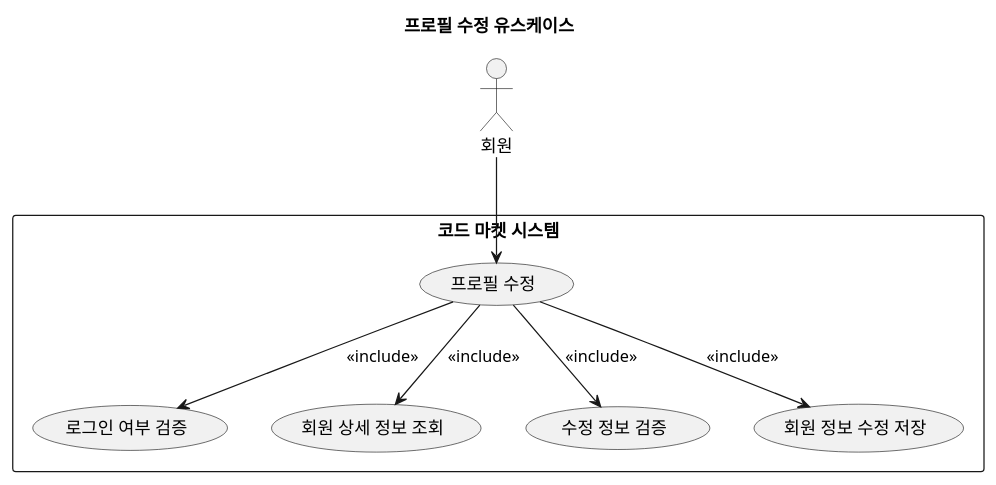
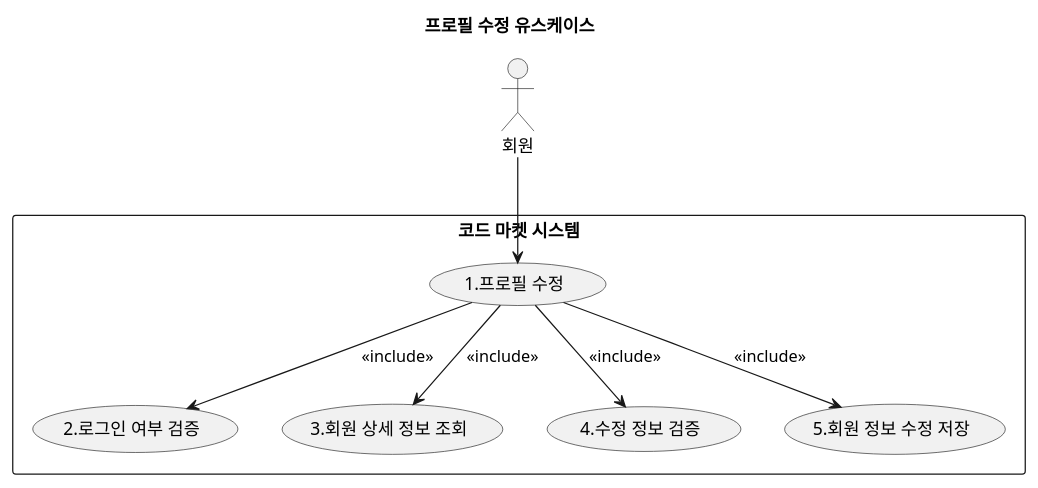
The diagram in docs/usecase/usecase_mypage_edit.puml (f-lab-edu/code-market), drawn with PlantUML before and after one commit. The commit also changed 9 other files, not shown here.

Commit message:
docs(usecase): 사용자 시나리오 기능별 번호와 유스케이스 다이어그램 번호 매핑

```diff
--- a/docs/usecase/usecase_mypage_edit.puml
+++ b/docs/usecase/usecase_mypage_edit.puml
@@ -1,23 +1,23 @@
 @startuml
 title 프로필 수정 유스케이스
 
 actor "회원" as Member
 
 rectangle "코드 마켓 시스템" {
-
-  usecase "프로필 수정" as UC_EditProfile
-  usecase "로그인 여부 검증" as UC_CheckLogin
-  usecase "회원 상세 정보 조회" as UC_FetchMemberDetail
-  usecase "수정 정보 검증" as UC_ValidateProfile
-  usecase "회원 정보 수정 저장" as UC_SaveProfile
+'사용자 시나리오 (user_scenario.md 파일)의 기능별 시나리오 번호와 해당 다이어그램의 번호는 매핑되어 있습니다
+  usecase "1.프로필 수정" as UC_EditProfile
+  usecase "2.로그인 여부 검증" as UC_CheckLogin
+  usecase "3.회원 상세 정보 조회" as UC_FetchMemberDetail
+  usecase "4.수정 정보 검증" as UC_ValidateProfile
+  usecase "5.회원 정보 수정 저장" as UC_SaveProfile
 
 }
 
 Member --> UC_EditProfile
 
 UC_EditProfile --> UC_CheckLogin : <<include>>
 UC_EditProfile --> UC_FetchMemberDetail : <<include>>
 UC_EditProfile --> UC_ValidateProfile : <<include>>
 UC_EditProfile --> UC_SaveProfile : <<include>>
 
 @enduml
```
